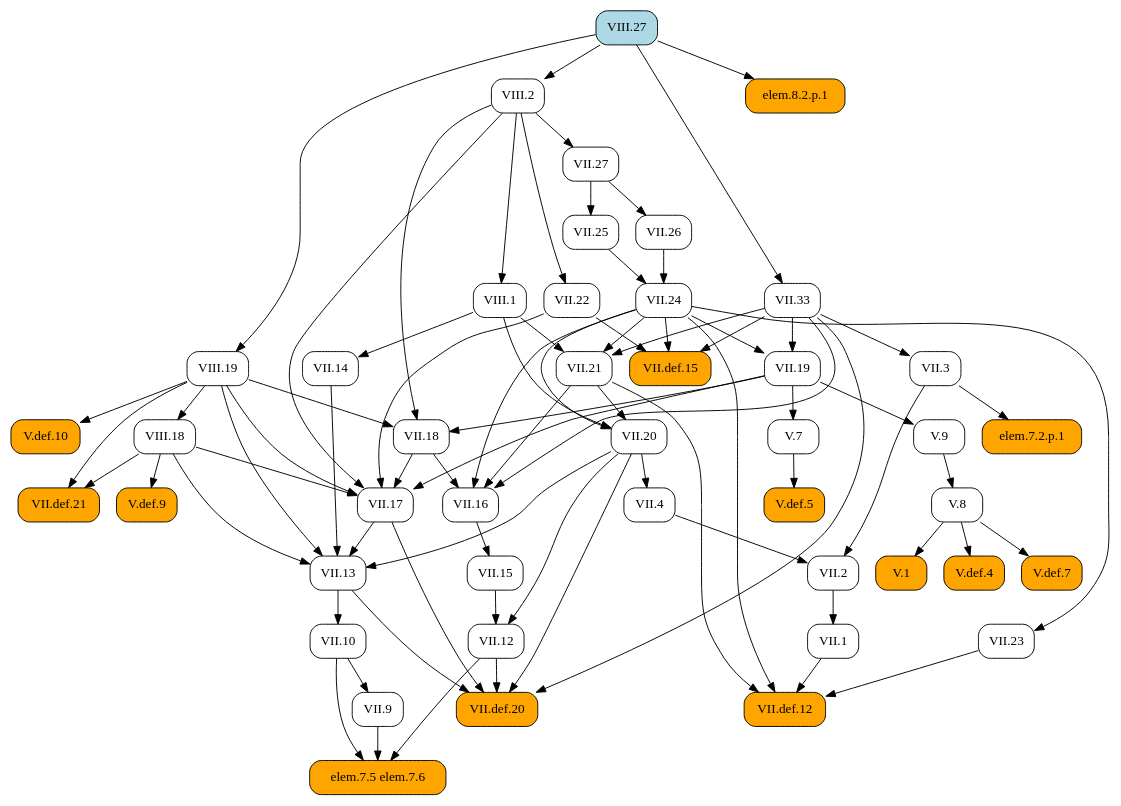
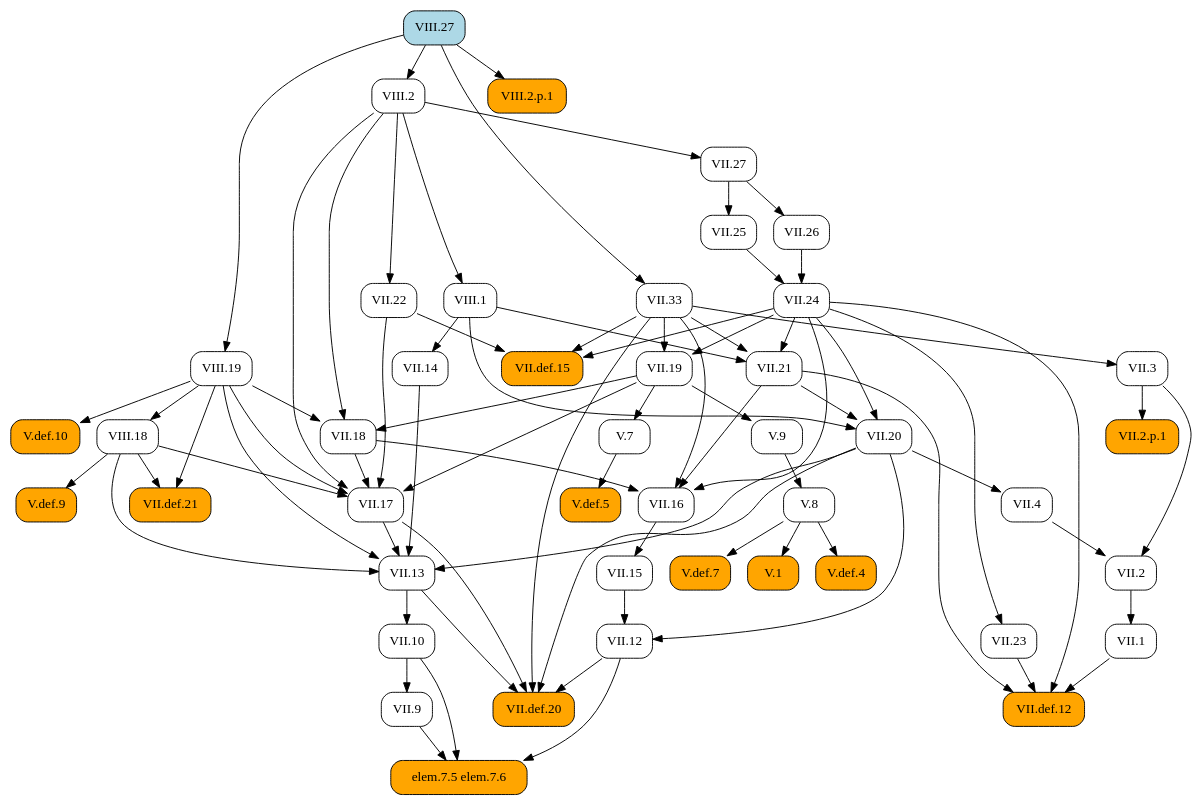
The diagram in docsrc/heath/VIII/27/index.rst (geometor/elements), drawn with Graphviz before and after one commit. The commit also changed other lines of this file and 484 other files, not shown here.

```diff
--- a/docsrc/heath/VIII/27/index.rst
+++ b/docsrc/heath/VIII/27/index.rst
@@ -32,97 +32,58 @@
    digraph {
      rankdir="TB";
      node [shape=box, style=rounded];
-     "VII.1" [URL="/heath/VII/1/", target="_top"];
-     "V.def.10" [style="rounded,filled", fillcolor=orange, URL="/heath/V/def.10/", target="_top"];
+     "VII.33" [URL="/heath/VII/33/", target="_top"];
+     "VII.12" [URL="/heath/VII/12/", target="_top"];
+     "elem.7.5 elem.7.6" [style="rounded,filled", fillcolor=orange];
      "VII.9" [URL="/heath/VII/9/", target="_top"];
-     "V.def.5" [style="rounded,filled", fillcolor=orange, URL="/heath/V/def.5/", target="_top"];
-     "VII.17" [URL="/heath/VII/17/", target="_top"];
-     "VII.3" [URL="/heath/VII/3/", target="_top"];
-     "elem.7.5 elem.7.6" [style="rounded,filled", fillcolor=orange];
      "VIII.27" [style="rounded,filled", fillcolor=lightblue, URL="/heath/VIII/27/", target="_top"];
-     "VII.def.21" [style="rounded,filled", fillcolor=orange, URL="/heath/VII/def.21/", target="_top"];
-     "V.7" [URL="/heath/V/7/", target="_top"];
-     "VIII.19" [URL="/heath/VIII/19/", target="_top"];
-     "V.9" [URL="/heath/V/9/", target="_top"];
-     "VII.13" [URL="/heath/VII/13/", target="_top"];
-     "VII.2" [URL="/heath/VII/2/", target="_top"];
-     "VIII.1" [URL="/heath/VIII/1/", target="_top"];
      "VIII.2" [URL="/heath/VIII/2/", target="_top"];
-     "VII.12" [URL="/heath/VII/12/", target="_top"];
-     "VII.24" [URL="/heath/VII/24/", target="_top"];
-     "VII.def.12" [style="rounded,filled", fillcolor=orange, URL="/heath/VII/def.12/", target="_top"];
-     "V.8" [URL="/heath/V/8/", target="_top"];
-     "VII.33" [URL="/heath/VII/33/", target="_top"];
-     "V.def.9" [style="rounded,filled", fillcolor=orange, URL="/heath/V/def.9/", target="_top"];
-     "elem.7.2.p.1" [style="rounded,filled", fillcolor=orange];
-     "VIII.18" [URL="/heath/VIII/18/", target="_top"];
-     "VII.10" [URL="/heath/VII/10/", target="_top"];
-     "VII.def.15" [style="rounded,filled", fillcolor=orange, URL="/heath/VII/def.15/", target="_top"];
-     "VII.19" [URL="/heath/VII/19/", target="_top"];
      "VII.18" [URL="/heath/VII/18/", target="_top"];
      "VII.16" [URL="/heath/VII/16/", target="_top"];
+     "V.7" [URL="/heath/V/7/", target="_top"];
      "VII.26" [URL="/heath/VII/26/", target="_top"];
-     "VII.4" [URL="/heath/VII/4/", target="_top"];
-     "VII.25" [URL="/heath/VII/25/", target="_top"];
-     "VII.21" [URL="/heath/VII/21/", target="_top"];
-     "V.1" [style="rounded,filled", fillcolor=orange, URL="/heath/V/1/", target="_top"];
-     "VII.20" [URL="/heath/VII/20/", target="_top"];
+     "V.def.5" [style="rounded,filled", fillcolor=orange, URL="/heath/V/def.5/", target="_top"];
+     "V.9" [URL="/heath/V/9/", target="_top"];
+     "VII.10" [URL="/heath/VII/10/", target="_top"];
+     "VII.13" [URL="/heath/VII/13/", target="_top"];
+     "VIII.18" [URL="/heath/VIII/18/", target="_top"];
+     "VII.def.15" [style="rounded,filled", fillcolor=orange, URL="/heath/VII/def.15/", target="_top"];
+     "VIII.19" [URL="/heath/VIII/19/", target="_top"];
+     "VII.17" [URL="/heath/VII/17/", target="_top"];
+     "VIII.2.p.1" [style="rounded,filled", fillcolor=orange];
+     "VII.19" [URL="/heath/VII/19/", target="_top"];
+     "VII.2" [URL="/heath/VII/2/", target="_top"];
+     "VII.def.20" [style="rounded,filled", fillcolor=orange, URL="/heath/VII/def.20/", target="_top"];
+     "VII.2.p.1" [style="rounded,filled", fillcolor=orange];
+     "VII.15" [URL="/heath/VII/15/", target="_top"];
+     "V.def.4" [style="rounded,filled", fillcolor=orange, URL="/heath/V/def.4/", target="_top"];
+     "V.def.7" [style="rounded,filled", fillcolor=orange, URL="/heath/V/def.7/", target="_top"];
      "VII.14" [URL="/heath/VII/14/", target="_top"];
      "VII.27" [URL="/heath/VII/27/", target="_top"];
-     "V.def.4" [style="rounded,filled", fillcolor=orange, URL="/heath/V/def.4/", target="_top"];
+     "VII.21" [URL="/heath/VII/21/", target="_top"];
+     "V.def.10" [style="rounded,filled", fillcolor=orange, URL="/heath/V/def.10/", target="_top"];
      "VII.22" [URL="/heath/VII/22/", target="_top"];
-     "V.def.7" [style="rounded,filled", fillcolor=orange, URL="/heath/V/def.7/", target="_top"];
+     "VIII.1" [URL="/heath/VIII/1/", target="_top"];
+     "VII.25" [URL="/heath/VII/25/", target="_top"];
+     "V.8" [URL="/heath/V/8/", target="_top"];
+     "VII.1" [URL="/heath/VII/1/", target="_top"];
      "VII.23" [URL="/heath/VII/23/", target="_top"];
-     "VII.15" [URL="/heath/VII/15/", target="_top"];
-     "VII.def.20" [style="rounded,filled", fillcolor=orange, URL="/heath/VII/def.20/", target="_top"];
-     "elem.8.2.p.1" [style="rounded,filled", fillcolor=orange];
-     "VII.2" -> "VII.1";
-     "VIII.19" -> "V.def.10";
-     "VII.10" -> "VII.9";
-     "V.7" -> "V.def.5";
-     "VII.18" -> "VII.17";
-     "VII.19" -> "VII.17";
-     "VII.22" -> "VII.17";
-     "VIII.2" -> "VII.17";
-     "VIII.18" -> "VII.17";
-     "VIII.19" -> "VII.17";
-     "VII.33" -> "VII.3";
+     "VII.4" [URL="/heath/VII/4/", target="_top"];
+     "VII.def.12" [style="rounded,filled", fillcolor=orange, URL="/heath/VII/def.12/", target="_top"];
+     "V.1" [style="rounded,filled", fillcolor=orange, URL="/heath/V/1/", target="_top"];
+     "V.def.9" [style="rounded,filled", fillcolor=orange, URL="/heath/V/def.9/", target="_top"];
+     "VII.3" [URL="/heath/VII/3/", target="_top"];
+     "VII.24" [URL="/heath/VII/24/", target="_top"];
+     "VII.20" [URL="/heath/VII/20/", target="_top"];
+     "VII.def.21" [style="rounded,filled", fillcolor=orange, URL="/heath/VII/def.21/", target="_top"];
+     "VIII.27" -> "VII.33";
+     "VII.15" -> "VII.12";
+     "VII.20" -> "VII.12";
      "VII.9" -> "elem.7.5 elem.7.6";
      "VII.10" -> "elem.7.5 elem.7.6";
      "VII.12" -> "elem.7.5 elem.7.6";
-     "VIII.18" -> "VII.def.21";
-     "VIII.19" -> "VII.def.21";
-     "VII.19" -> "V.7";
-     "VIII.27" -> "VIII.19";
-     "VII.19" -> "V.9";
-     "VII.14" -> "VII.13";
-     "VII.17" -> "VII.13";
-     "VII.20" -> "VII.13";
-     "VIII.18" -> "VII.13";
-     "VIII.19" -> "VII.13";
-     "VII.3" -> "VII.2";
-     "VII.4" -> "VII.2";
-     "VIII.2" -> "VIII.1";
+     "VII.10" -> "VII.9";
      "VIII.27" -> "VIII.2";
-     "VII.15" -> "VII.12";
-     "VII.20" -> "VII.12";
-     "VII.25" -> "VII.24";
-     "VII.26" -> "VII.24";
-     "VII.1" -> "VII.def.12";
-     "VII.21" -> "VII.def.12";
-     "VII.23" -> "VII.def.12";
-     "VII.24" -> "VII.def.12";
-     "V.9" -> "V.8";
-     "VIII.27" -> "VII.33";
-     "VIII.18" -> "V.def.9";
-     "VII.3" -> "elem.7.2.p.1";
-     "VIII.19" -> "VIII.18";
-     "VII.13" -> "VII.10";
-     "VII.22" -> "VII.def.15";
-     "VII.24" -> "VII.def.15";
-     "VII.33" -> "VII.def.15";
-     "VII.24" -> "VII.19";
-     "VII.33" -> "VII.19";
      "VII.19" -> "VII.18";
      "VIII.2" -> "VII.18";
      "VIII.19" -> "VII.18";
@@ -130,27 +91,66 @@
      "VII.21" -> "VII.16";
      "VII.24" -> "VII.16";
      "VII.33" -> "VII.16";
+     "VII.19" -> "V.7";
      "VII.27" -> "VII.26";
-     "VII.20" -> "VII.4";
-     "VII.27" -> "VII.25";
-     "VII.24" -> "VII.21";
-     "VII.33" -> "VII.21";
-     "VIII.1" -> "VII.21";
-     "V.8" -> "V.1";
-     "VII.21" -> "VII.20";
-     "VII.24" -> "VII.20";
-     "VIII.1" -> "VII.20";
-     "VIII.1" -> "VII.14";
-     "VIII.2" -> "VII.27";
-     "V.8" -> "V.def.4";
-     "VIII.2" -> "VII.22";
-     "V.8" -> "V.def.7";
-     "VII.24" -> "VII.23";
-     "VII.16" -> "VII.15";
+     "V.7" -> "V.def.5";
+     "VII.19" -> "V.9";
+     "VII.13" -> "VII.10";
+     "VII.14" -> "VII.13";
+     "VII.17" -> "VII.13";
+     "VII.20" -> "VII.13";
+     "VIII.18" -> "VII.13";
+     "VIII.19" -> "VII.13";
+     "VIII.19" -> "VIII.18";
+     "VII.22" -> "VII.def.15";
+     "VII.24" -> "VII.def.15";
+     "VII.33" -> "VII.def.15";
+     "VIII.27" -> "VIII.19";
+     "VII.18" -> "VII.17";
+     "VII.19" -> "VII.17";
+     "VII.22" -> "VII.17";
+     "VIII.2" -> "VII.17";
+     "VIII.18" -> "VII.17";
+     "VIII.19" -> "VII.17";
+     "VIII.27" -> "VIII.2.p.1";
+     "VII.24" -> "VII.19";
+     "VII.33" -> "VII.19";
+     "VII.3" -> "VII.2";
+     "VII.4" -> "VII.2";
      "VII.12" -> "VII.def.20";
      "VII.13" -> "VII.def.20";
      "VII.17" -> "VII.def.20";
      "VII.20" -> "VII.def.20";
      "VII.33" -> "VII.def.20";
-     "VIII.27" -> "elem.8.2.p.1";
+     "VII.3" -> "VII.2.p.1";
+     "VII.16" -> "VII.15";
+     "V.8" -> "V.def.4";
+     "V.8" -> "V.def.7";
+     "VIII.1" -> "VII.14";
+     "VIII.2" -> "VII.27";
+     "VII.24" -> "VII.21";
+     "VII.33" -> "VII.21";
+     "VIII.1" -> "VII.21";
+     "VIII.19" -> "V.def.10";
+     "VIII.2" -> "VII.22";
+     "VIII.2" -> "VIII.1";
+     "VII.27" -> "VII.25";
+     "V.9" -> "V.8";
+     "VII.2" -> "VII.1";
+     "VII.24" -> "VII.23";
+     "VII.20" -> "VII.4";
+     "VII.1" -> "VII.def.12";
+     "VII.21" -> "VII.def.12";
+     "VII.23" -> "VII.def.12";
+     "VII.24" -> "VII.def.12";
+     "V.8" -> "V.1";
+     "VIII.18" -> "V.def.9";
+     "VII.33" -> "VII.3";
+     "VII.25" -> "VII.24";
+     "VII.26" -> "VII.24";
+     "VII.21" -> "VII.20";
+     "VII.24" -> "VII.20";
+     "VIII.1" -> "VII.20";
+     "VIII.18" -> "VII.def.21";
+     "VIII.19" -> "VII.def.21";
    }
```
